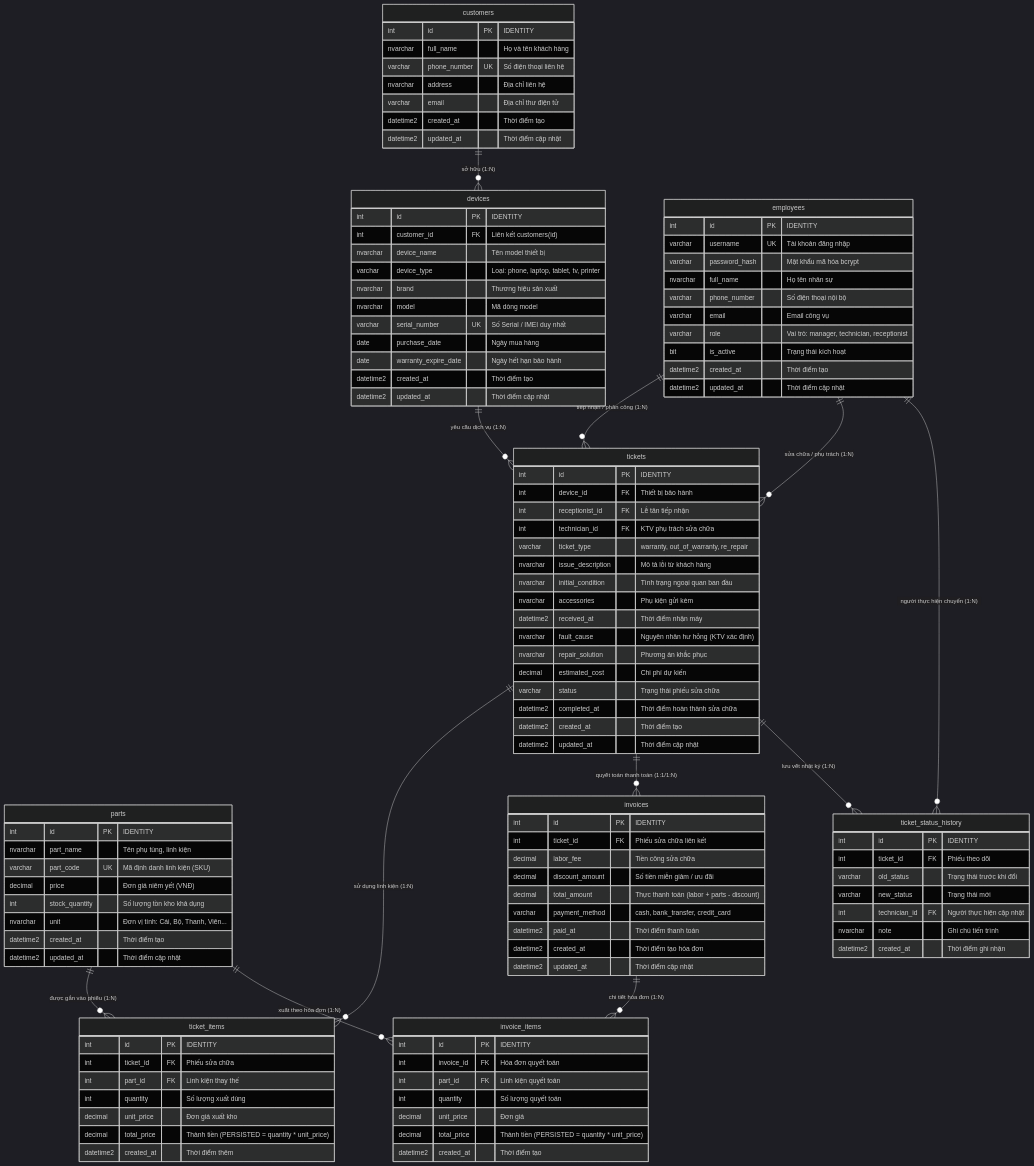
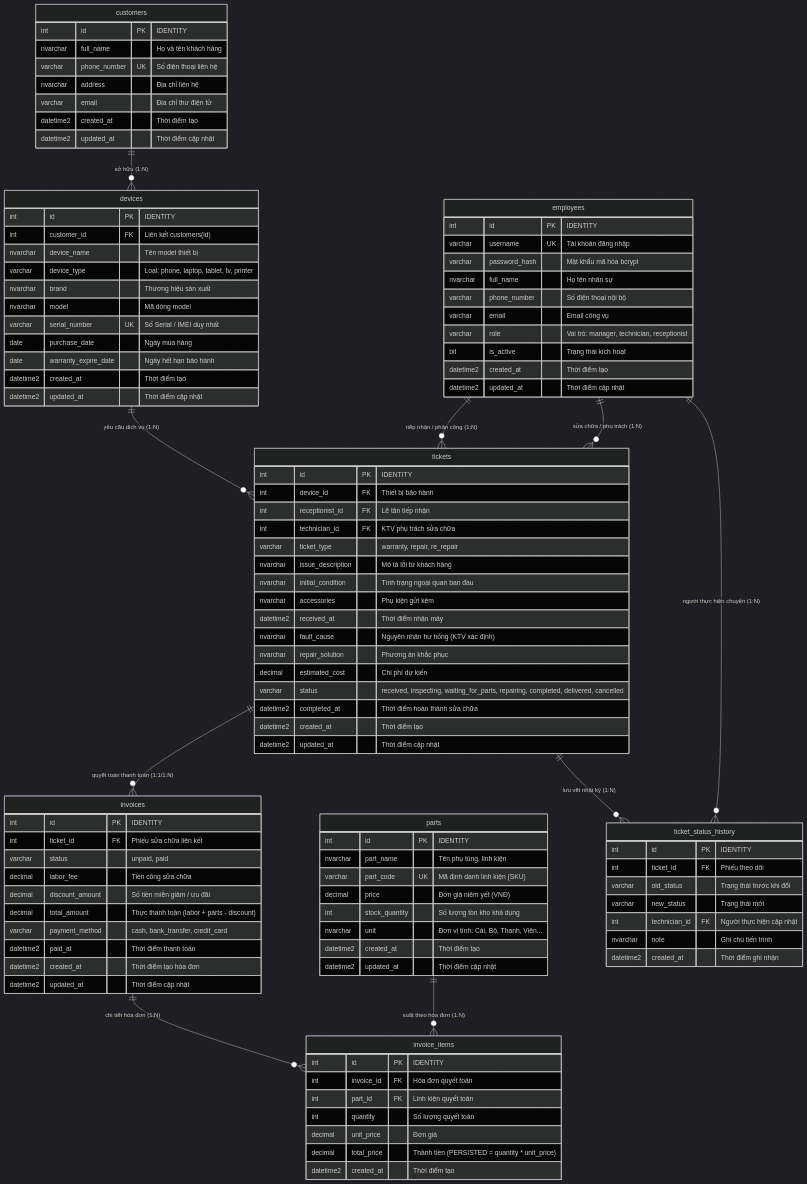
Before and after one commit to lehuyair97/warranty_management: the diagram in database/docs/01_erd.md, drawn with Mermaid (dark theme). The commit also changed other lines of this file and 44 other files, not shown here.

Commit message:
chore: revise erd

```diff
--- a/database/docs/01_erd.md
+++ b/database/docs/01_erd.md
@@ -14,8 +14,6 @@
     employees ||--o{ tickets : "tiếp nhận / phân công (1:N)"
     employees ||--o{ tickets : "sửa chữa / phụ trách (1:N)"
     devices ||--o{ tickets : "yêu cầu dịch vụ (1:N)"
-    tickets ||--o{ ticket_items : "sử dụng linh kiện (1:N)"
-    parts ||--o{ ticket_items : "được gắn vào phiếu (1:N)"
     tickets ||--o{ invoices : "quyết toán thanh toán (1:1/1:N)"
     invoices ||--o{ invoice_items : "chi tiết hóa đơn (1:N)"
     parts ||--o{ invoice_items : "xuất theo hóa đơn (1:N)"
@@ -75,7 +73,7 @@
         int device_id FK "Thiết bị bảo hành"
         int receptionist_id FK "Lễ tân tiếp nhận"
         int technician_id FK "KTV phụ trách sửa chữa"
-        varchar ticket_type "warranty, out_of_warranty, re_repair"
+        varchar ticket_type "warranty, repair, re_repair"
         nvarchar issue_description "Mô tả lỗi từ khách hàng"
         nvarchar initial_condition "Tình trạng ngoại quan ban đầu"
         nvarchar accessories "Phụ kiện gửi kèm"
@@ -83,25 +81,16 @@
         nvarchar fault_cause "Nguyên nhân hư hỏng (KTV xác định)"
         nvarchar repair_solution "Phương án khắc phục"
         decimal estimated_cost "Chi phí dự kiến"
-        varchar status "Trạng thái phiếu sửa chữa"
+        varchar status "received, inspecting, waiting_for_parts, repairing, completed, delivered, cancelled"
         datetime2 completed_at "Thời điểm hoàn thành sửa chữa"
         datetime2 created_at "Thời điểm tạo"
         datetime2 updated_at "Thời điểm cập nhật"
     }
 
-    ticket_items {
-        int id PK "IDENTITY"
-        int ticket_id FK "Phiếu sửa chữa"
-        int part_id FK "Linh kiện thay thế"
-        int quantity "Số lượng xuất dùng"
-        decimal unit_price "Đơn giá xuất kho"
-        decimal total_price "Thành tiền (PERSISTED = quantity * unit_price)"
-        datetime2 created_at "Thời điểm thêm"
-    }
-
     invoices {
         int id PK "IDENTITY"
         int ticket_id FK "Phiếu sửa chữa liên kết"
+        varchar status "unpaid, paid"
         decimal labor_fee "Tiền công sửa chữa"
         decimal discount_amount "Số tiền miễn giảm / ưu đãi"
         decimal total_amount "Thực thanh toán (labor + parts - discount)"
```
